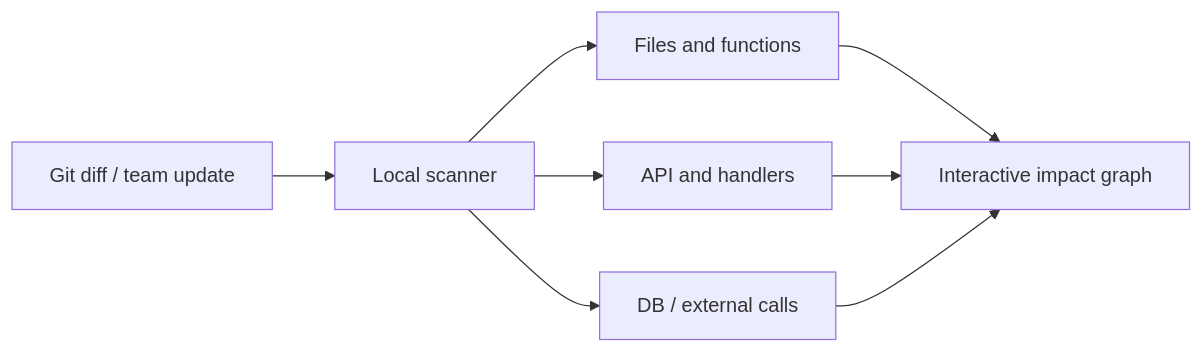
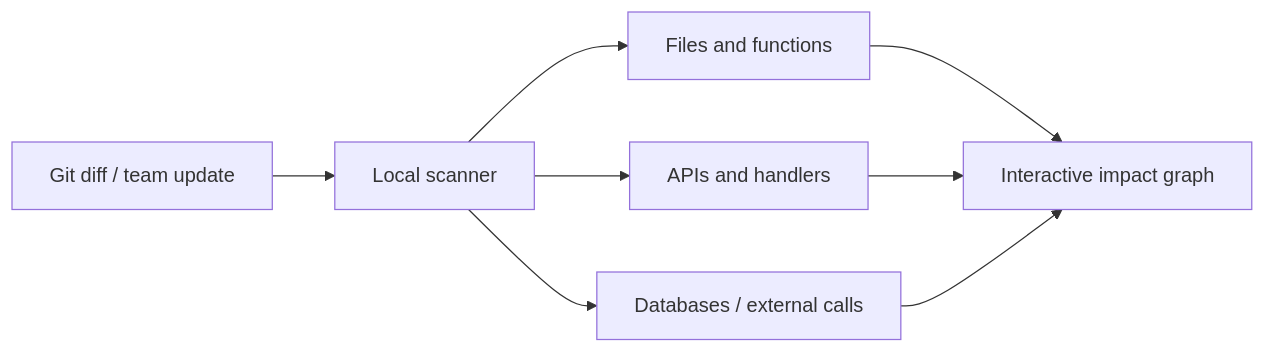
One commit to soil0119/Where-am-i changed the diagram in README.md. Above: the diagram before and after it, drawn with Mermaid. The commit also changed other lines of this file and 11 other files, not shown here.

````diff
--- a/README.md
+++ b/README.md
@@ -23,10 +27,10 @@
 ```mermaid
 flowchart LR
   A[Git diff / team update] --> B[Local scanner]
   B --> C[Files and functions]
-  B --> D[API and handlers]
-  B --> E[DB / external calls]
+  B --> D[APIs and handlers]
+  B --> E[Databases / external calls]
   C --> F[Interactive impact graph]
   D --> F
   E --> F
 ```
````
